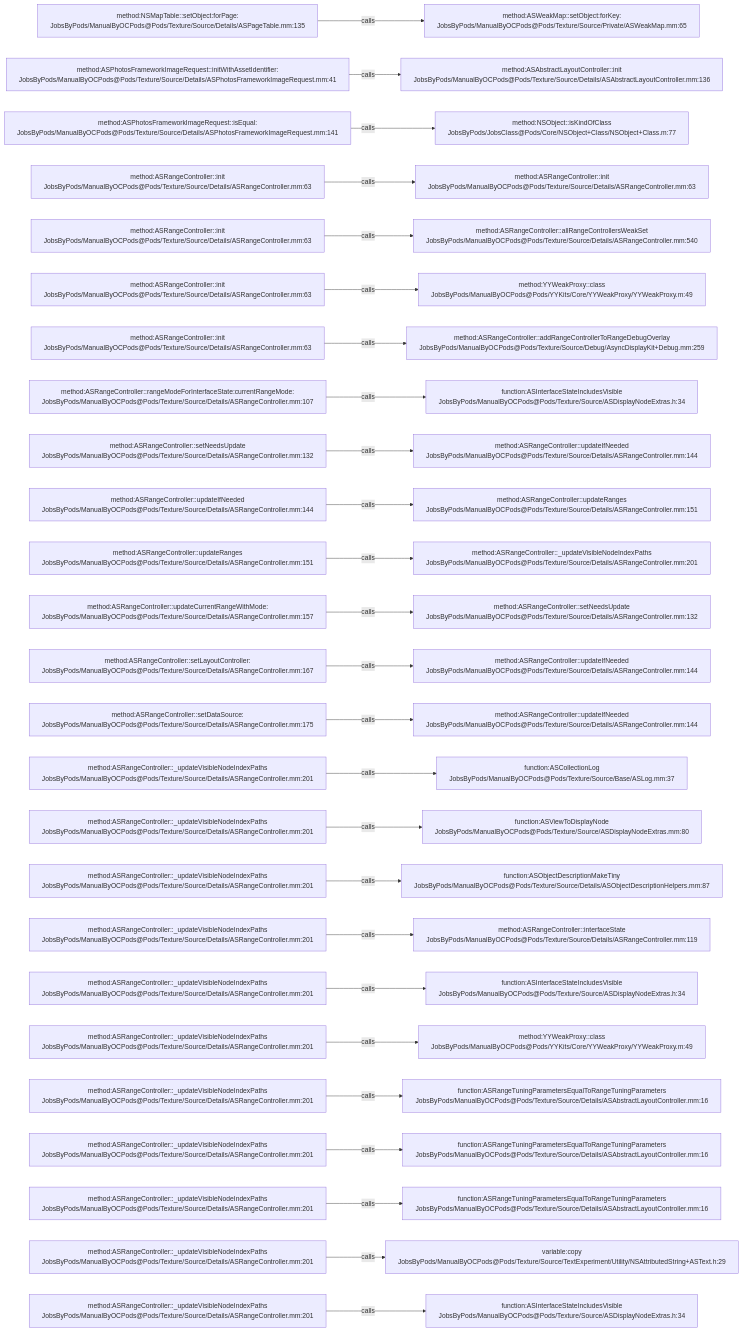
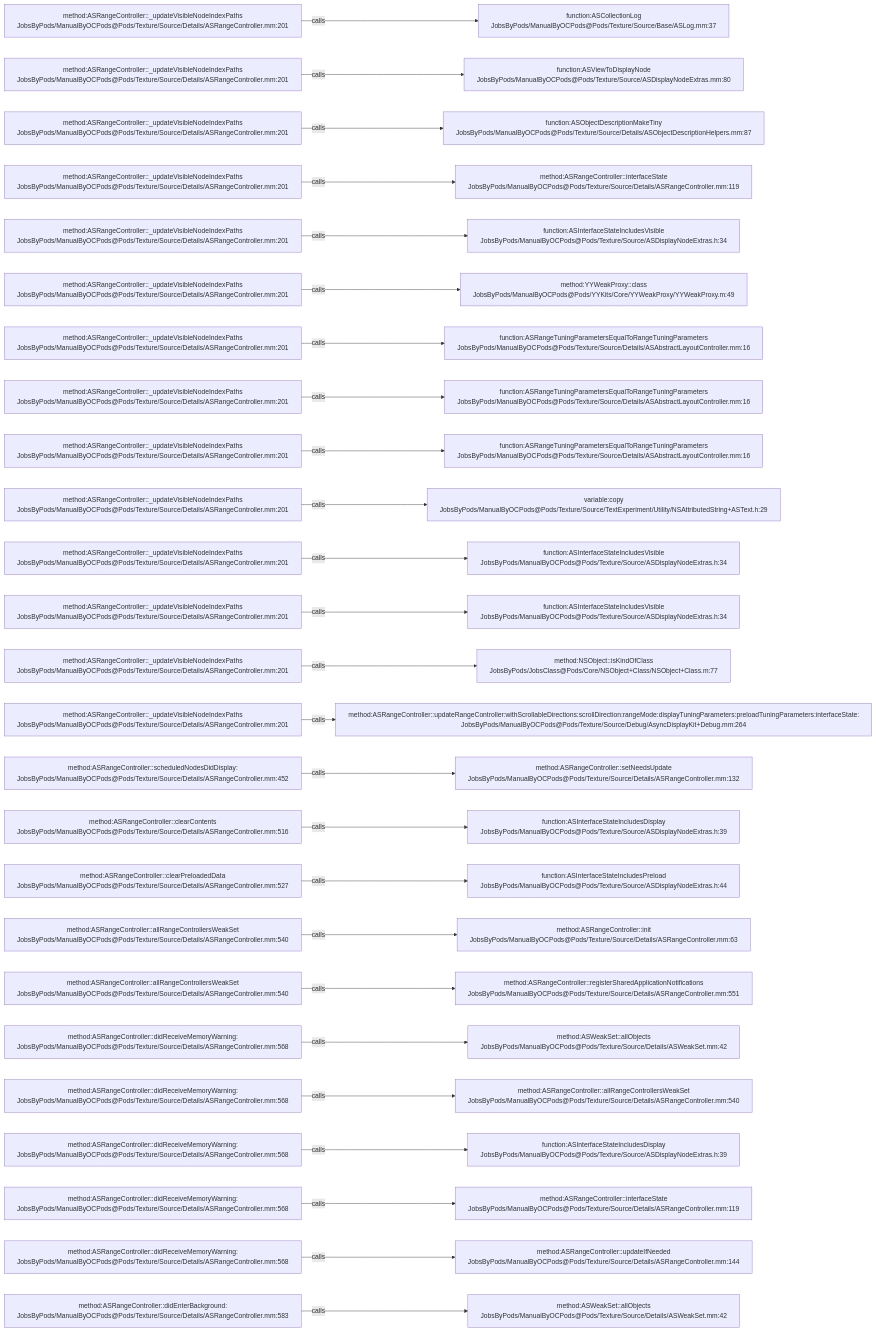
Before and after one commit to JobsKits/JobsOCBaseConfigDemo: the diagram in .codegraph/codegraph.md/graphs/calls-165.md, drawn with Mermaid. The commit also changed 296 other files, not shown here.

````diff
--- a/.codegraph/codegraph.md/graphs/calls-165.md
+++ b/.codegraph/codegraph.md/graphs/calls-165.md
@@ -13,78 +13,78 @@
 ```mermaid
 flowchart LR
-  S1["method:NSMapTable::setObject:forPage:<br/>JobsByPods/ManualByOCPods@Pods/Texture/Source/Details/ASPageTable.mm:135"]
-  T1["method:ASWeakMap::setObject:forKey:<br/>JobsByPods/ManualByOCPods@Pods/Texture/Source/Private/ASWeakMap.mm:65"]
+  S1["method:ASRangeController::_updateVisibleNodeIndexPaths<br/>JobsByPods/ManualByOCPods@Pods/Texture/Source/Details/ASRangeController.mm:201"]
+  T1["function:ASCollectionLog<br/>JobsByPods/ManualByOCPods@Pods/Texture/Source/Base/ASLog.mm:37"]
   S1 -->|calls| T1
-  S2["method:ASPhotosFrameworkImageRequest::initWithAssetIdentifier:<br/>JobsByPods/ManualByOCPods@Pods/Texture/Source/Details/ASPhotosFrameworkImageRequest.mm:41"]
-  T2["method:ASAbstractLayoutController::init<br/>JobsByPods/ManualByOCPods@Pods/Texture/Source/Details/ASAbstractLayoutController.mm:136"]
+  S2["method:ASRangeController::_updateVisibleNodeIndexPaths<br/>JobsByPods/ManualByOCPods@Pods/Texture/Source/Details/ASRangeController.mm:201"]
+  T2["function:ASViewToDisplayNode<br/>JobsByPods/ManualByOCPods@Pods/Texture/Source/ASDisplayNodeExtras.mm:80"]
   S2 -->|calls| T2
-  S3["method:ASPhotosFrameworkImageRequest::isEqual:<br/>JobsByPods/ManualByOCPods@Pods/Texture/Source/Details/ASPhotosFrameworkImageRequest.mm:141"]
-  T3["method:NSObject::isKindOfClass<br/>JobsByPods/JobsClass@Pods/Core/NSObject+Class/NSObject+Class.m:77"]
+  S3["method:ASRangeController::_updateVisibleNodeIndexPaths<br/>JobsByPods/ManualByOCPods@Pods/Texture/Source/Details/ASRangeController.mm:201"]
+  T3["function:ASObjectDescriptionMakeTiny<br/>JobsByPods/ManualByOCPods@Pods/Texture/Source/Details/ASObjectDescriptionHelpers.mm:87"]
   S3 -->|calls| T3
-  S4["method:ASRangeController::init<br/>JobsByPods/ManualByOCPods@Pods/Texture/Source/Details/ASRangeController.mm:63"]
-  T4["method:ASRangeController::init<br/>JobsByPods/ManualByOCPods@Pods/Texture/Source/Details/ASRangeController.mm:63"]
+  S4["method:ASRangeController::_updateVisibleNodeIndexPaths<br/>JobsByPods/ManualByOCPods@Pods/Texture/Source/Details/ASRangeController.mm:201"]
+  T4["method:ASRangeController::interfaceState<br/>JobsByPods/ManualByOCPods@Pods/Texture/Source/Details/ASRangeController.mm:119"]
   S4 -->|calls| T4
-  S5["method:ASRangeController::init<br/>JobsByPods/ManualByOCPods@Pods/Texture/Source/Details/ASRangeController.mm:63"]
-  T5["method:ASRangeController::allRangeControllersWeakSet<br/>JobsByPods/ManualByOCPods@Pods/Texture/Source/Details/ASRangeController.mm:540"]
+  S5["method:ASRangeController::_updateVisibleNodeIndexPaths<br/>JobsByPods/ManualByOCPods@Pods/Texture/Source/Details/ASRangeController.mm:201"]
+  T5["function:ASInterfaceStateIncludesVisible<br/>JobsByPods/ManualByOCPods@Pods/Texture/Source/ASDisplayNodeExtras.h:34"]
   S5 -->|calls| T5
-  S6["method:ASRangeController::init<br/>JobsByPods/ManualByOCPods@Pods/Texture/Source/Details/ASRangeController.mm:63"]
+  S6["method:ASRangeController::_updateVisibleNodeIndexPaths<br/>JobsByPods/ManualByOCPods@Pods/Texture/Source/Details/ASRangeController.mm:201"]
   T6["method:YYWeakProxy::class<br/>JobsByPods/ManualByOCPods@Pods/YYKits/Core/YYWeakProxy/YYWeakProxy.m:49"]
   S6 -->|calls| T6
-  S7["method:ASRangeController::init<br/>JobsByPods/ManualByOCPods@Pods/Texture/Source/Details/ASRangeController.mm:63"]
-  T7["method:ASRangeController::addRangeControllerToRangeDebugOverlay<br/>JobsByPods/ManualByOCPods@Pods/Texture/Source/Debug/AsyncDisplayKit+Debug.mm:259"]
+  S7["method:ASRangeController::_updateVisibleNodeIndexPaths<br/>JobsByPods/ManualByOCPods@Pods/Texture/Source/Details/ASRangeController.mm:201"]
+  T7["function:ASRangeTuningParametersEqualToRangeTuningParameters<br/>JobsByPods/ManualByOCPods@Pods/Texture/Source/Details/ASAbstractLayoutController.mm:16"]
   S7 -->|calls| T7
-  S8["method:ASRangeController::rangeModeForInterfaceState:currentRangeMode:<br/>JobsByPods/ManualByOCPods@Pods/Texture/Source/Details/ASRangeController.mm:107"]
-  T8["function:ASInterfaceStateIncludesVisible<br/>JobsByPods/ManualByOCPods@Pods/Texture/Source/ASDisplayNodeExtras.h:34"]
+  S8["method:ASRangeController::_updateVisibleNodeIndexPaths<br/>JobsByPods/ManualByOCPods@Pods/Texture/Source/Details/ASRangeController.mm:201"]
+  T8["function:ASRangeTuningParametersEqualToRangeTuningParameters<br/>JobsByPods/ManualByOCPods@Pods/Texture/Source/Details/ASAbstractLayoutController.mm:16"]
   S8 -->|calls| T8
-  S9["method:ASRangeController::setNeedsUpdate<br/>JobsByPods/ManualByOCPods@Pods/Texture/Source/Details/ASRangeController.mm:132"]
-  T9["method:ASRangeController::updateIfNeeded<br/>JobsByPods/ManualByOCPods@Pods/Texture/Source/Details/ASRangeController.mm:144"]
+  S9["method:ASRangeController::_updateVisibleNodeIndexPaths<br/>JobsByPods/ManualByOCPods@Pods/Texture/Source/Details/ASRangeController.mm:201"]
+  T9["function:ASRangeTuningParametersEqualToRangeTuningParameters<br/>JobsByPods/ManualByOCPods@Pods/Texture/Source/Details/ASAbstractLayoutController.mm:16"]
   S9 -->|calls| T9
-  S10["method:ASRangeController::updateIfNeeded<br/>JobsByPods/ManualByOCPods@Pods/Texture/Source/Details/ASRangeController.mm:144"]
-  T10["method:ASRangeController::updateRanges<br/>JobsByPods/ManualByOCPods@Pods/Texture/Source/Details/ASRangeController.mm:151"]
+  S10["method:ASRangeController::_updateVisibleNodeIndexPaths<br/>JobsByPods/ManualByOCPods@Pods/Texture/Source/Details/ASRangeController.mm:201"]
+  T10["variable:copy<br/>JobsByPods/ManualByOCPods@Pods/Texture/Source/TextExperiment/Utility/NSAttributedString+ASText.h:29"]
   S10 -->|calls| T10
-  S11["method:ASRangeController::updateRanges<br/>JobsByPods/ManualByOCPods@Pods/Texture/Source/Details/ASRangeController.mm:151"]
-  T11["method:ASRangeController::_updateVisibleNodeIndexPaths<br/>JobsByPods/ManualByOCPods@Pods/Texture/Source/Details/ASRangeController.mm:201"]
+  S11["method:ASRangeController::_updateVisibleNodeIndexPaths<br/>JobsByPods/ManualByOCPods@Pods/Texture/Source/Details/ASRangeController.mm:201"]
+  T11["function:ASInterfaceStateIncludesVisible<br/>JobsByPods/ManualByOCPods@Pods/Texture/Source/ASDisplayNodeExtras.h:34"]
   S11 -->|calls| T11
-  S12["method:ASRangeController::updateCurrentRangeWithMode:<br/>JobsByPods/ManualByOCPods@Pods/Texture/Source/Details/ASRangeController.mm:157"]
-  T12["method:ASRangeController::setNeedsUpdate<br/>JobsByPods/ManualByOCPods@Pods/Texture/Source/Details/ASRangeController.mm:132"]
+  S12["method:ASRangeController::_updateVisibleNodeIndexPaths<br/>JobsByPods/ManualByOCPods@Pods/Texture/Source/Details/ASRangeController.mm:201"]
+  T12["function:ASInterfaceStateIncludesVisible<br/>JobsByPods/ManualByOCPods@Pods/Texture/Source/ASDisplayNodeExtras.h:34"]
   S12 -->|calls| T12
-  S13["method:ASRangeController::setLayoutController:<br/>JobsByPods/ManualByOCPods@Pods/Texture/Source/Details/ASRangeController.mm:167"]
-  T13["method:ASRangeController::updateIfNeeded<br/>JobsByPods/ManualByOCPods@Pods/Texture/Source/Details/ASRangeController.mm:144"]
+  S13["method:ASRangeController::_updateVisibleNodeIndexPaths<br/>JobsByPods/ManualByOCPods@Pods/Texture/Source/Details/ASRangeController.mm:201"]
+  T13["method:NSObject::isKindOfClass<br/>JobsByPods/JobsClass@Pods/Core/NSObject+Class/NSObject+Class.m:77"]
   S13 -->|calls| T13
-  S14["method:ASRangeController::setDataSource:<br/>JobsByPods/ManualByOCPods@Pods/Texture/Source/Details/ASRangeController.mm:175"]
-  T14["method:ASRangeController::updateIfNeeded<br/>JobsByPods/ManualByOCPods@Pods/Texture/Source/Details/ASRangeController.mm:144"]
+  S14["method:ASRangeController::_updateVisibleNodeIndexPaths<br/>JobsByPods/ManualByOCPods@Pods/Texture/Source/Details/ASRangeController.mm:201"]
+  T14["method:ASRangeController::updateRangeController:withScrollableDirections:scrollDirection:rangeMode:displayTuningParameters:preloadTuningParameters:interfaceState:<br/>JobsByPods/ManualByOCPods@Pods/Texture/Source/Debug/AsyncDisplayKit+Debug.mm:264"]
   S14 -->|calls| T14
-  S15["method:ASRangeController::_updateVisibleNodeIndexPaths<br/>JobsByPods/ManualByOCPods@Pods/Texture/Source/Details/ASRangeController.mm:201"]
-  T15["function:ASCollectionLog<br/>JobsByPods/ManualByOCPods@Pods/Texture/Source/Base/ASLog.mm:37"]
+  S15["method:ASRangeController::scheduledNodesDidDisplay:<br/>JobsByPods/ManualByOCPods@Pods/Texture/Source/Details/ASRangeController.mm:452"]
+  T15["method:ASRangeController::setNeedsUpdate<br/>JobsByPods/ManualByOCPods@Pods/Texture/Source/Details/ASRangeController.mm:132"]
   S15 -->|calls| T15
-  S16["method:ASRangeController::_updateVisibleNodeIndexPaths<br/>JobsByPods/ManualByOCPods@Pods/Texture/Source/Details/ASRangeController.mm:201"]
-  T16["function:ASViewToDisplayNode<br/>JobsByPods/ManualByOCPods@Pods/Texture/Source/ASDisplayNodeExtras.mm:80"]
+  S16["method:ASRangeController::clearContents<br/>JobsByPods/ManualByOCPods@Pods/Texture/Source/Details/ASRangeController.mm:516"]
+  T16["function:ASInterfaceStateIncludesDisplay<br/>JobsByPods/ManualByOCPods@Pods/Texture/Source/ASDisplayNodeExtras.h:39"]
   S16 -->|calls| T16
-  S17["method:ASRangeController::_updateVisibleNodeIndexPaths<br/>JobsByPods/ManualByOCPods@Pods/Texture/Source/Details/ASRangeController.mm:201"]
-  T17["function:ASObjectDescriptionMakeTiny<br/>JobsByPods/ManualByOCPods@Pods/Texture/Source/Details/ASObjectDescriptionHelpers.mm:87"]
+  S17["method:ASRangeController::clearPreloadedData<br/>JobsByPods/ManualByOCPods@Pods/Texture/Source/Details/ASRangeController.mm:527"]
+  T17["function:ASInterfaceStateIncludesPreload<br/>JobsByPods/ManualByOCPods@Pods/Texture/Source/ASDisplayNodeExtras.h:44"]
   S17 -->|calls| T17
-  S18["method:ASRangeController::_updateVisibleNodeIndexPaths<br/>JobsByPods/ManualByOCPods@Pods/Texture/Source/Details/ASRangeController.mm:201"]
-  T18["method:ASRangeController::interfaceState<br/>JobsByPods/ManualByOCPods@Pods/Texture/Source/Details/ASRangeController.mm:119"]
+  S18["method:ASRangeController::allRangeControllersWeakSet<br/>JobsByPods/ManualByOCPods@Pods/Texture/Source/Details/ASRangeController.mm:540"]
+  T18["method:ASRangeController::init<br/>JobsByPods/ManualByOCPods@Pods/Texture/Source/Details/ASRangeController.mm:63"]
   S18 -->|calls| T18
-  S19["method:ASRangeController::_updateVisibleNodeIndexPaths<br/>JobsByPods/ManualByOCPods@Pods/Texture/Source/Details/ASRangeController.mm:201"]
-  T19["function:ASInterfaceStateIncludesVisible<br/>JobsByPods/ManualByOCPods@Pods/Texture/Source/ASDisplayNodeExtras.h:34"]
+  S19["method:ASRangeController::allRangeControllersWeakSet<br/>JobsByPods/ManualByOCPods@Pods/Texture/Source/Details/ASRangeController.mm:540"]
+  T19["method:ASRangeController::registerSharedApplicationNotifications<br/>JobsByPods/ManualByOCPods@Pods/Texture/Source/Details/ASRangeController.mm:551"]
   S19 -->|calls| T19
-  S20["method:ASRangeController::_updateVisibleNodeIndexPaths<br/>JobsByPods/ManualByOCPods@Pods/Texture/Source/Details/ASRangeController.mm:201"]
-  T20["method:YYWeakProxy::class<br/>JobsByPods/ManualByOCPods@Pods/YYKits/Core/YYWeakProxy/YYWeakProxy.m:49"]
+  S20["method:ASRangeController::didReceiveMemoryWarning:<br/>JobsByPods/ManualByOCPods@Pods/Texture/Source/Details/ASRangeController.mm:568"]
+  T20["method:ASWeakSet::allObjects<br/>JobsByPods/ManualByOCPods@Pods/Texture/Source/Details/ASWeakSet.mm:42"]
   S20 -->|calls| T20
-  S21["method:ASRangeController::_updateVisibleNodeIndexPaths<br/>JobsByPods/ManualByOCPods@Pods/Texture/Source/Details/ASRangeController.mm:201"]
-  T21["function:ASRangeTuningParametersEqualToRangeTuningParameters<br/>JobsByPods/ManualByOCPods@Pods/Texture/Source/Details/ASAbstractLayoutController.mm:16"]
+  S21["method:ASRangeController::didReceiveMemoryWarning:<br/>JobsByPods/ManualByOCPods@Pods/Texture/Source/Details/ASRangeController.mm:568"]
+  T21["method:ASRangeController::allRangeControllersWeakSet<br/>JobsByPods/ManualByOCPods@Pods/Texture/Source/Details/ASRangeController.mm:540"]
   S21 -->|calls| T21
-  S22["method:ASRangeController::_updateVisibleNodeIndexPaths<br/>JobsByPods/ManualByOCPods@Pods/Texture/Source/Details/ASRangeController.mm:201"]
-  T22["function:ASRangeTuningParametersEqualToRangeTuningParameters<br/>JobsByPods/ManualByOCPods@Pods/Texture/Source/Details/ASAbstractLayoutController.mm:16"]
+  S22["method:ASRangeController::didReceiveMemoryWarning:<br/>JobsByPods/ManualByOCPods@Pods/Texture/Source/Details/ASRangeController.mm:568"]
+  T22["function:ASInterfaceStateIncludesDisplay<br/>JobsByPods/ManualByOCPods@Pods/Texture/Source/ASDisplayNodeExtras.h:39"]
   S22 -->|calls| T22
-  S23["method:ASRangeController::_updateVisibleNodeIndexPaths<br/>JobsByPods/ManualByOCPods@Pods/Texture/Source/Details/ASRangeController.mm:201"]
-  T23["function:ASRangeTuningParametersEqualToRangeTuningParameters<br/>JobsByPods/ManualByOCPods@Pods/Texture/Source/Details/ASAbstractLayoutController.mm:16"]
+  S23["method:ASRangeController::didReceiveMemoryWarning:<br/>JobsByPods/ManualByOCPods@Pods/Texture/Source/Details/ASRangeController.mm:568"]
+  T23["method:ASRangeController::interfaceState<br/>JobsByPods/ManualByOCPods@Pods/Texture/Source/Details/ASRangeController.mm:119"]
   S23 -->|calls| T23
-  S24["method:ASRangeController::_updateVisibleNodeIndexPaths<br/>JobsByPods/ManualByOCPods@Pods/Texture/Source/Details/ASRangeController.mm:201"]
-  T24["variable:copy<br/>JobsByPods/ManualByOCPods@Pods/Texture/Source/TextExperiment/Utility/NSAttributedString+ASText.h:29"]
+  S24["method:ASRangeController::didReceiveMemoryWarning:<br/>JobsByPods/ManualByOCPods@Pods/Texture/Source/Details/ASRangeController.mm:568"]
+  T24["method:ASRangeController::updateIfNeeded<br/>JobsByPods/ManualByOCPods@Pods/Texture/Source/Details/ASRangeController.mm:144"]
   S24 -->|calls| T24
-  S25["method:ASRangeController::_updateVisibleNodeIndexPaths<br/>JobsByPods/ManualByOCPods@Pods/Texture/Source/Details/ASRangeController.mm:201"]
-  T25["function:ASInterfaceStateIncludesVisible<br/>JobsByPods/ManualByOCPods@Pods/Texture/Source/ASDisplayNodeExtras.h:34"]
+  S25["method:ASRangeController::didEnterBackground:<br/>JobsByPods/ManualByOCPods@Pods/Texture/Source/Details/ASRangeController.mm:583"]
+  T25["method:ASWeakSet::allObjects<br/>JobsByPods/ManualByOCPods@Pods/Texture/Source/Details/ASWeakSet.mm:42"]
   S25 -->|calls| T25
 ```
````
